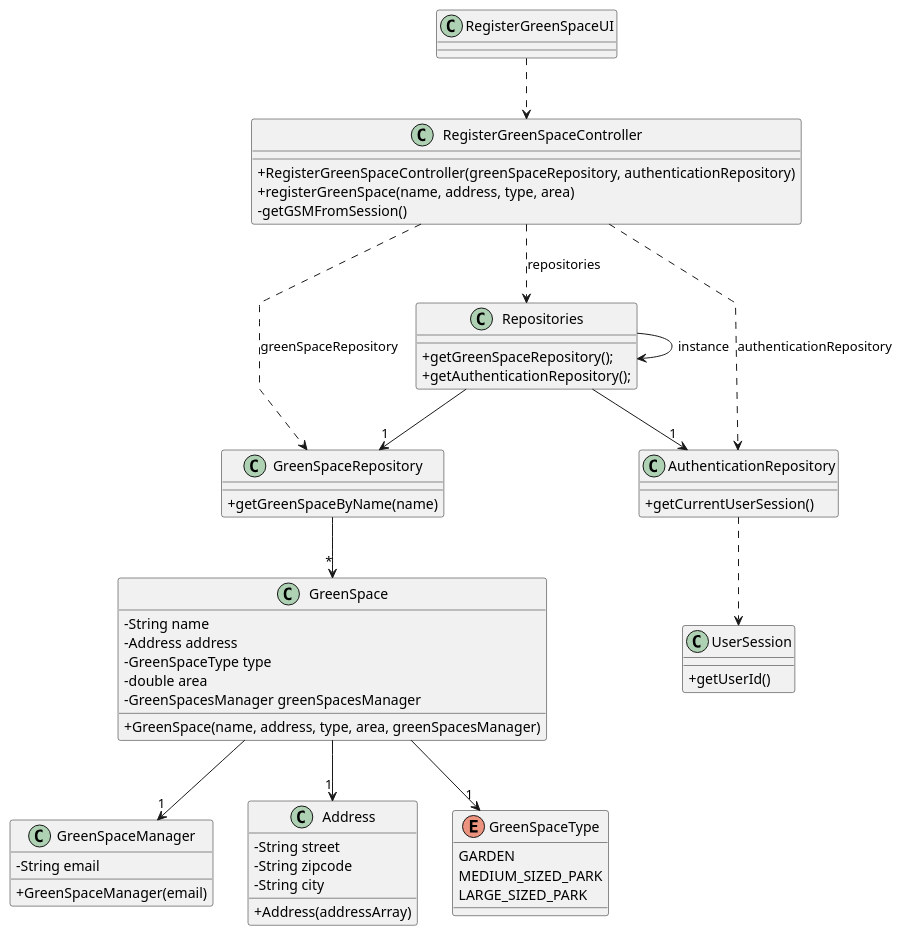
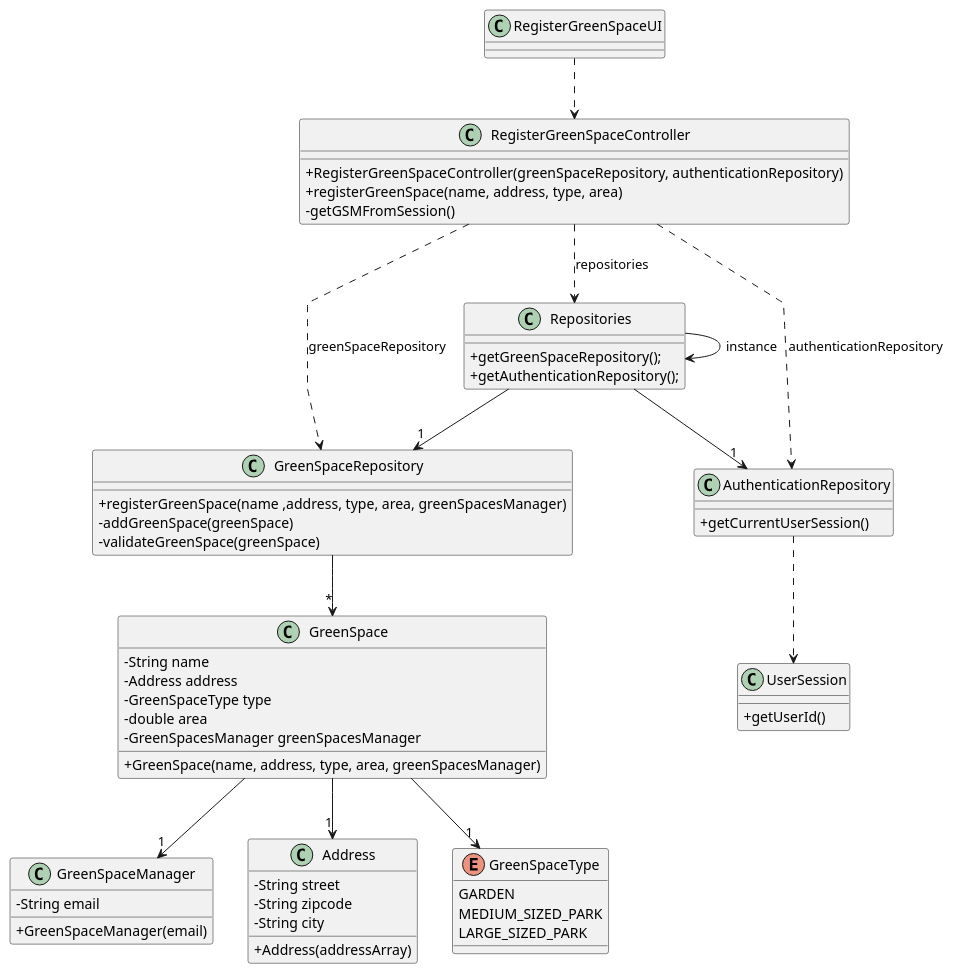
Before and after one commit to daniel41silva05/ISEP_2023_2024_LAPR2: the diagram in docs/sprintA&B&C/us020/03.design/puml/us020-class-diagram.puml, drawn with PlantUML. The commit also changed 1 other file, not shown here.

Commit message:
US020 - class diagram (correction)

```diff
--- a/docs/sprintA&B&C/us020/03.design/puml/us020-class-diagram.puml
+++ b/docs/sprintA&B&C/us020/03.design/puml/us020-class-diagram.puml
@@ -1,77 +1,79 @@
 @startuml
 skinparam packageStyle rectangle
 skinparam shadowing false
 skinparam linetype polyline
 
 skinparam classAttributeIconSize 0
 
 'left to right direction
 
 class RegisterGreenSpaceUI {
 }
 
 class RegisterGreenSpaceController {
     +RegisterGreenSpaceController(greenSpaceRepository, authenticationRepository)
     +registerGreenSpace(name, address, type, area)
     -getGSMFromSession()
 }
 
 class GreenSpaceRepository {
-    +getGreenSpaceByName(name)
+    +registerGreenSpace(name ,address, type, area, greenSpacesManager)
+    -addGreenSpace(greenSpace)
+    -validateGreenSpace(greenSpace)
 }
 
 class GreenSpace {
     -String name
     -Address address
     -GreenSpaceType type
     -double area
     -GreenSpacesManager greenSpacesManager
     +GreenSpace(name, address, type, area, greenSpacesManager)
 }
 
 class GreenSpaceManager{
     -String email
     +GreenSpaceManager(email)
 }
 
 class Address{
     -String street
     -String zipcode
     -String city
     +Address(addressArray)
 }
 
 enum GreenSpaceType{
     GARDEN
     MEDIUM_SIZED_PARK
     LARGE_SIZED_PARK
 }
 
 class Repositories{
     +getGreenSpaceRepository();
     +getAuthenticationRepository();
 }
 
 class AuthenticationRepository {
     +getCurrentUserSession()
 }
 
 class UserSession {
     +getUserId()
 }
 
 
 RegisterGreenSpaceUI ..> RegisterGreenSpaceController
 RegisterGreenSpaceController ..> Repositories: repositories
 RegisterGreenSpaceController ..> GreenSpaceRepository: greenSpaceRepository
 RegisterGreenSpaceController ..> AuthenticationRepository: authenticationRepository
 AuthenticationRepository ..> UserSession
 Repositories --> Repositories: instance
 Repositories --> "1" GreenSpaceRepository
 Repositories --> "1" AuthenticationRepository
 GreenSpaceRepository --> "*" GreenSpace
 GreenSpace --> "1" GreenSpaceManager
 GreenSpace --> "1" Address
 GreenSpace --> "1" GreenSpaceType
 
 @enduml
```
